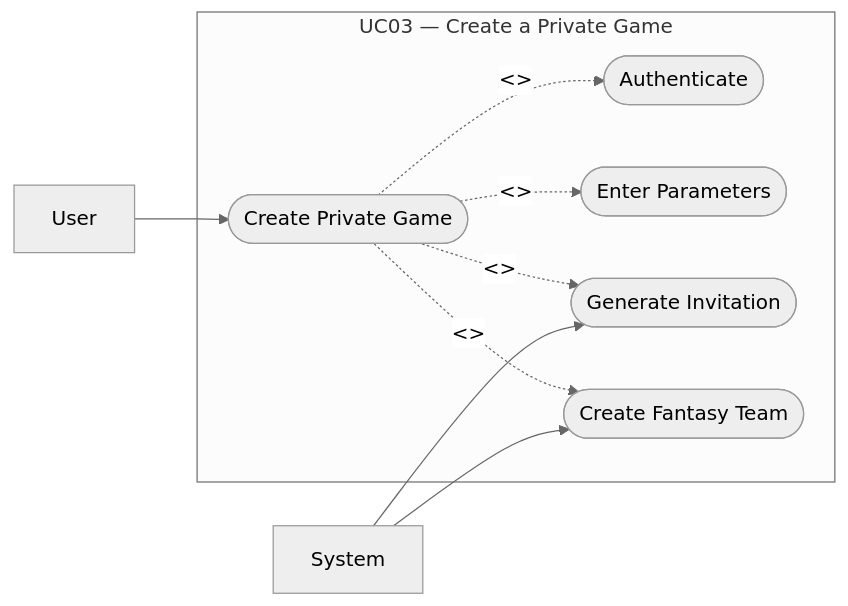
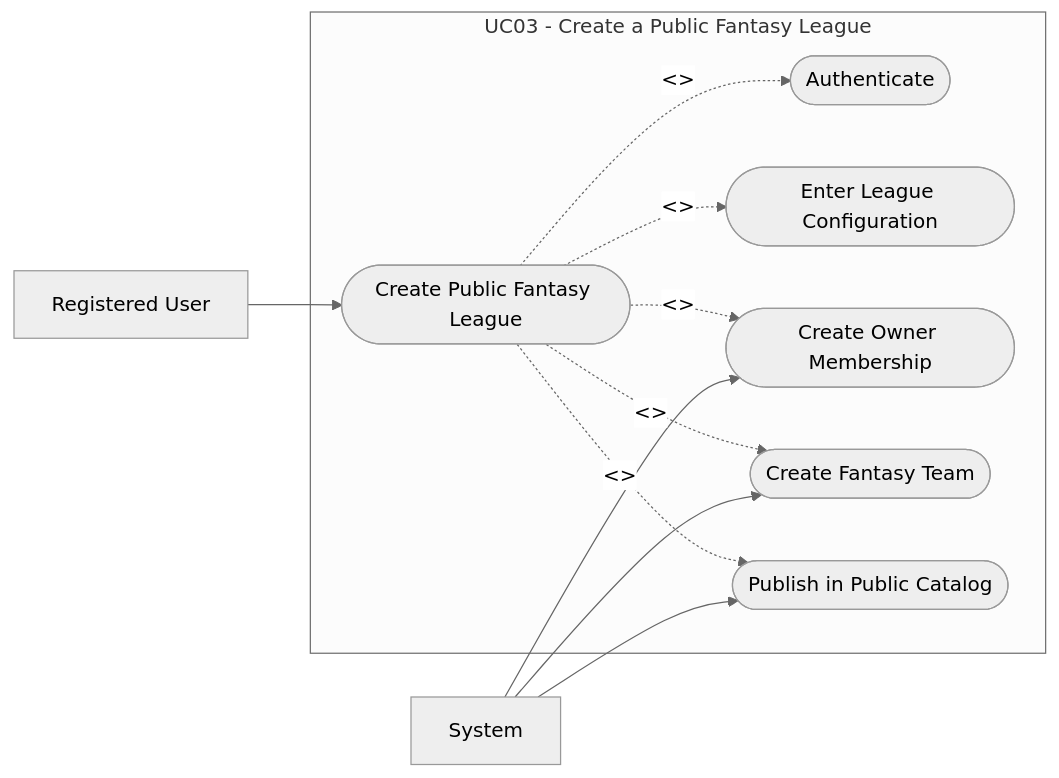
Before and after one commit to lschvn/league-of-fantasy: the diagram in docs/uc/03.md, drawn with Mermaid (neutral theme). The commit also changed other lines of this file and 14 other files, not shown here.

Commit message:
Rewrite fantasy league documentation model

````diff
--- a/docs/uc/03.md
+++ b/docs/uc/03.md
@@ -73,22 +75,25 @@
 ```mermaid
 graph LR
-    User["User"]
+    User["Registered User"]
     System["System"]
 
-    subgraph "UC03 — Create a Private Game"
-        UC03(["Create Private Game"])
+    subgraph "UC03 - Create a Public Fantasy League"
+        UC03(["Create Public Fantasy League"])
         UC_Auth(["Authenticate"])
-        UC_Params(["Enter Parameters"])
-        UC_GenInvite(["Generate Invitation"])
+        UC_Config(["Enter League Configuration"])
+        UC_CreateMembership(["Create Owner Membership"])
         UC_CreateTeam(["Create Fantasy Team"])
+        UC_Publish(["Publish in Public Catalog"])
     end
 
     User --> UC03
     UC03 -. "<<include>>" .-> UC_Auth
-    UC03 -. "<<include>>" .-> UC_Params
-    UC03 -. "<<include>>" .-> UC_GenInvite
+    UC03 -. "<<include>>" .-> UC_Config
+    UC03 -. "<<include>>" .-> UC_CreateMembership
     UC03 -. "<<include>>" .-> UC_CreateTeam
+    UC03 -. "<<include>>" .-> UC_Publish
 
-    System --> UC_GenInvite
+    System --> UC_CreateMembership
     System --> UC_CreateTeam
+    System --> UC_Publish
 ```
````
